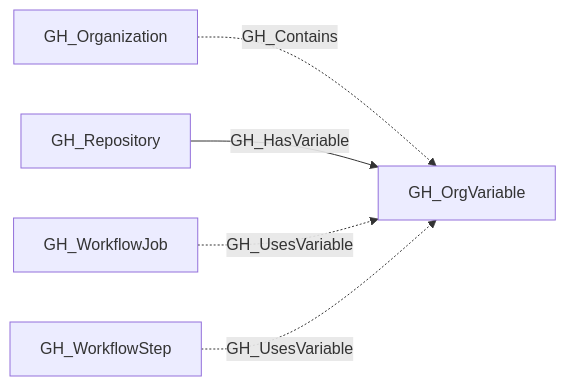
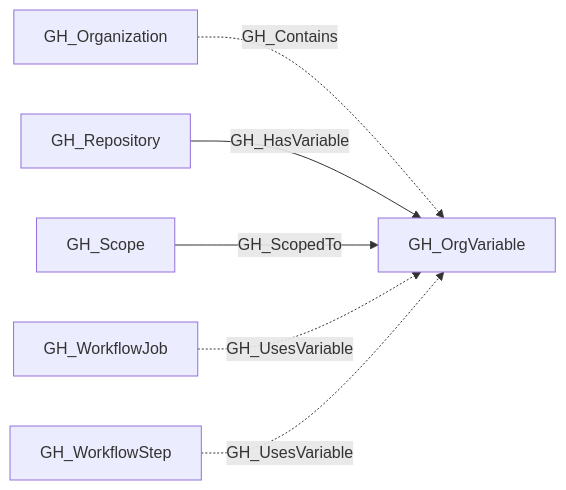
Before and after one commit to SpecterOps/openhound-github: the diagram in descriptions/nodes/GH_OrgVariable.md, drawn with Mermaid. The commit also changed other lines of this file and 44 other files, not shown here.

````diff
--- a/descriptions/nodes/GH_OrgVariable.md
+++ b/descriptions/nodes/GH_OrgVariable.md
@@ -25,12 +25,14 @@
 ```mermaid
 graph LR
     n0["GH_Organization"]
     n1["GH_OrgVariable"]
     n2["GH_Repository"]
-    n3["GH_WorkflowJob"]
-    n4["GH_WorkflowStep"]
+    n3["GH_Scope"]
+    n4["GH_WorkflowJob"]
+    n5["GH_WorkflowStep"]
     n0 -.->|GH_Contains| n1
     n2 -->|GH_HasVariable| n1
-    n3 -.->|GH_UsesVariable| n1
+    n3 -->|GH_ScopedTo| n1
     n4 -.->|GH_UsesVariable| n1
+    n5 -.->|GH_UsesVariable| n1
 ```
````
